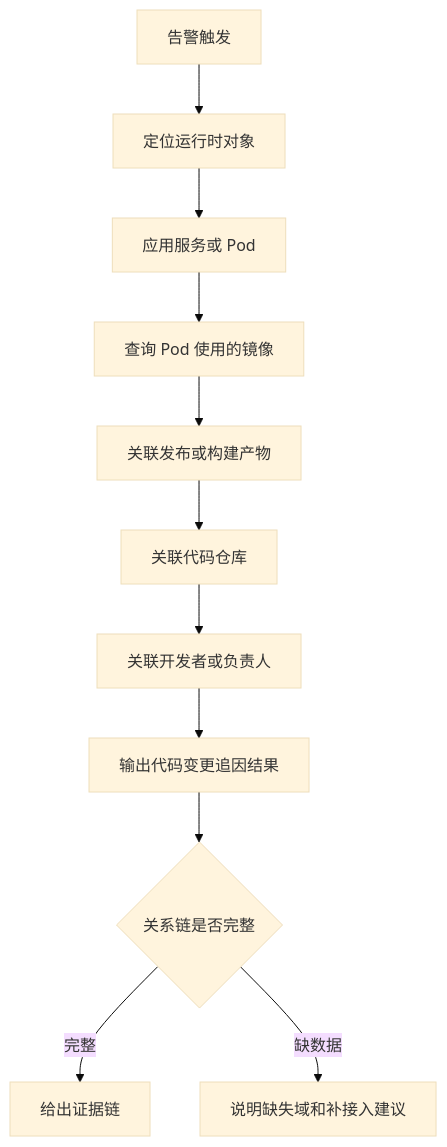
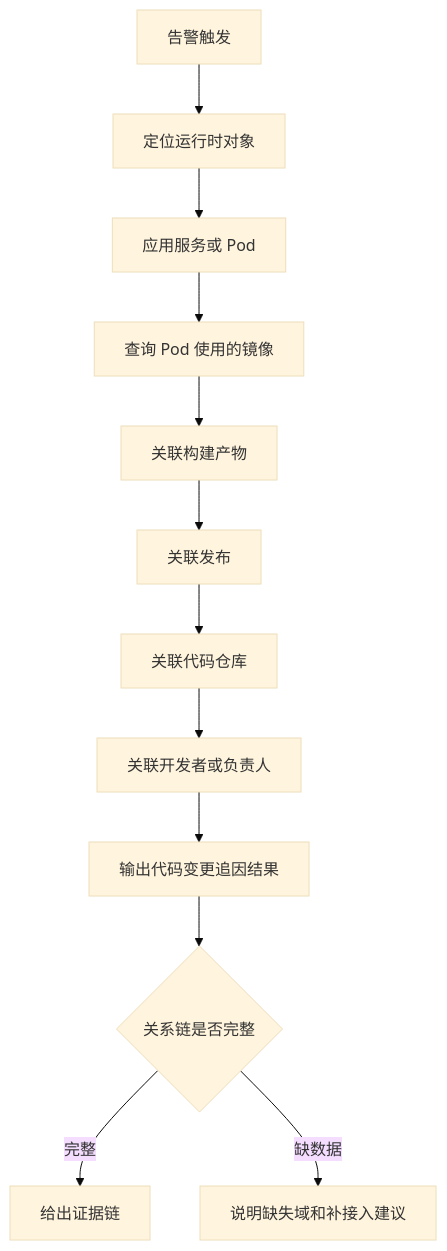
One commit to aliyun-sls/sls-doc changed the diagram in src/starops/practices/devops-code-to-runtime/article.md. Above: the diagram before and after it, drawn with Mermaid (base theme). The commit also changed other lines of this file and 2 other files, not shown here.

````diff
--- a/src/starops/practices/devops-code-to-runtime/article.md
+++ b/src/starops/practices/devops-code-to-runtime/article.md
@@ -71,13 +71,14 @@
 ```mermaid
 flowchart TD
   A["告警触发"] --> B["定位运行时对象"]
   B --> C["应用服务或 Pod"]
   C --> D["查询 Pod 使用的镜像"]
-  D --> E["关联发布或构建产物"]
-  E --> F["关联代码仓库"]
-  F --> G["关联开发者或负责人"]
-  G --> H["输出代码变更追因结果"]
-  H --> I{"关系链是否完整"}
-  I -->|完整| J["给出证据链"]
-  I -->|缺数据| K["说明缺失域和补接入建议"]
+  D --> E["关联构建产物"]
+  E --> F["关联发布"]
+  F --> G["关联代码仓库"]
+  G --> H["关联开发者或负责人"]
+  H --> I["输出代码变更追因结果"]
+  I --> J{"关系链是否完整"}
+  J -->|完整| K["给出证据链"]
+  J -->|缺数据| L["说明缺失域和补接入建议"]
 ```
````
